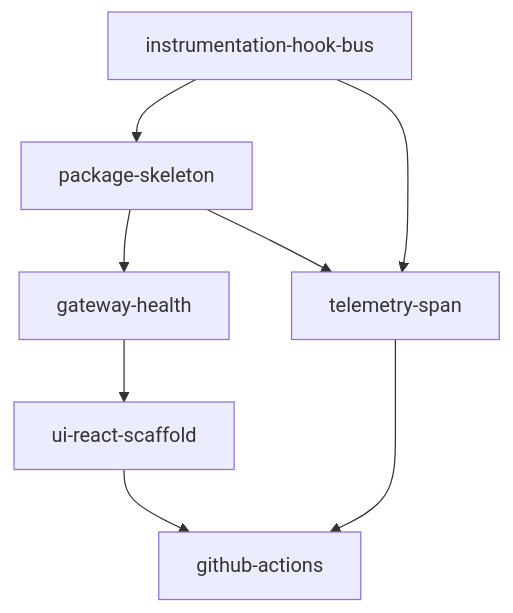
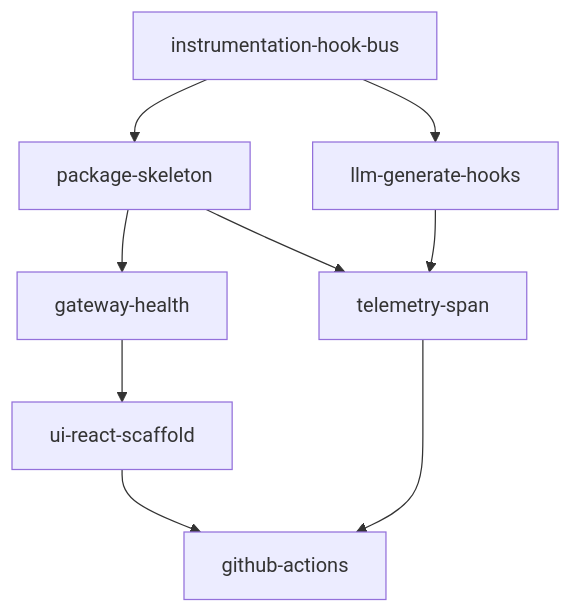
One commit to jsedgwick/mcp-agent changed the diagram in docs/inspector/milestones/1-bootstrap/README.md. Above: the diagram before and after it, drawn with Mermaid. The commit also changed other lines of this file and 11 other files, not shown here.

````diff
--- a/docs/inspector/milestones/1-bootstrap/README.md
+++ b/docs/inspector/milestones/1-bootstrap/README.md
@@ -151,10 +188,11 @@
 ```mermaid
 graph TD
     H[instrumentation-hook-bus] --> A[package-skeleton]
+    H --> L[llm-generate-hooks]
     A --> B[gateway-health]
     B --> D[ui-react-scaffold]
-    H --> C[telemetry-span]
+    L --> C[telemetry-span]
     A --> C
     D --> E[github-actions]
     C --> E
 ```
````
